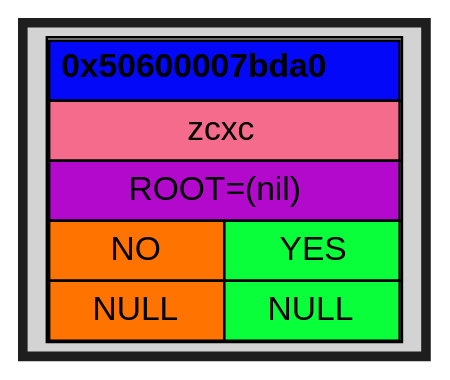
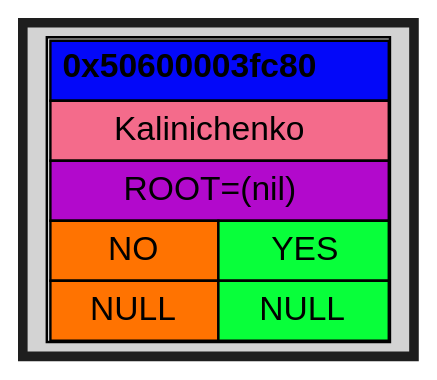
One commit to Kabuto-Mainer/Akinator changed the diagram in DUMPS/DEBUG/graph.dot. Above: the diagram before and after it, drawn with Graphviz. The commit also changed 1261 other files, not shown here.

```diff
--- a/DUMPS/DEBUG/graph.dot
+++ b/DUMPS/DEBUG/graph.dot
@@ -1,23 +1,23 @@
 digraph {
   rankdir=UD;
   bgcolor="#1e1e1e"
   splines=ortho;
   nodesep=0.4;
   ranksep=0.6;
   node [shape=plaintext, style=filled, fontname="Helvetica"];
   edge [arrowhead=vee, arrowsize=0.6, penwidth=1.2];
 
-block_0x50600007bda0 [label=<
+block_0x50600003fc80 [label=<
 <TABLE CELLSPACING="0" CELLPADDING="4">
-<TR><TD PORT="root" BGCOLOR="#0308f9ff" COLSPAN="2"><B>0x50600007bda0</B></TD></TR>
-<TR><TD BGCOLOR="#f46b8bff" COLSPAN="2">zcxc</TD></TR>
+<TR><TD PORT="root" BGCOLOR="#0308f9ff" COLSPAN="2"><B>0x50600003fc80</B></TD></TR>
+<TR><TD BGCOLOR="#f46b8bff" COLSPAN="2">Kalinichenko</TD></TR>
 <TR><TD BGCOLOR="#b209ccff" COLSPAN="2">ROOT=(nil)</TD></TR>
 <TR><TD BGCOLOR="#ff7301ff">NO</TD><TD BGCOLOR="#08ff3aff">YES</TD></TR>
 <TR>
 <TD PORT="left" BGCOLOR="#ff7301ff">NULL</TD>
 <TD PORT="right" BGCOLOR="#08ff3aff">NULL</TD>
 </TR>
 </TABLE> >];
 
 
 }
```
